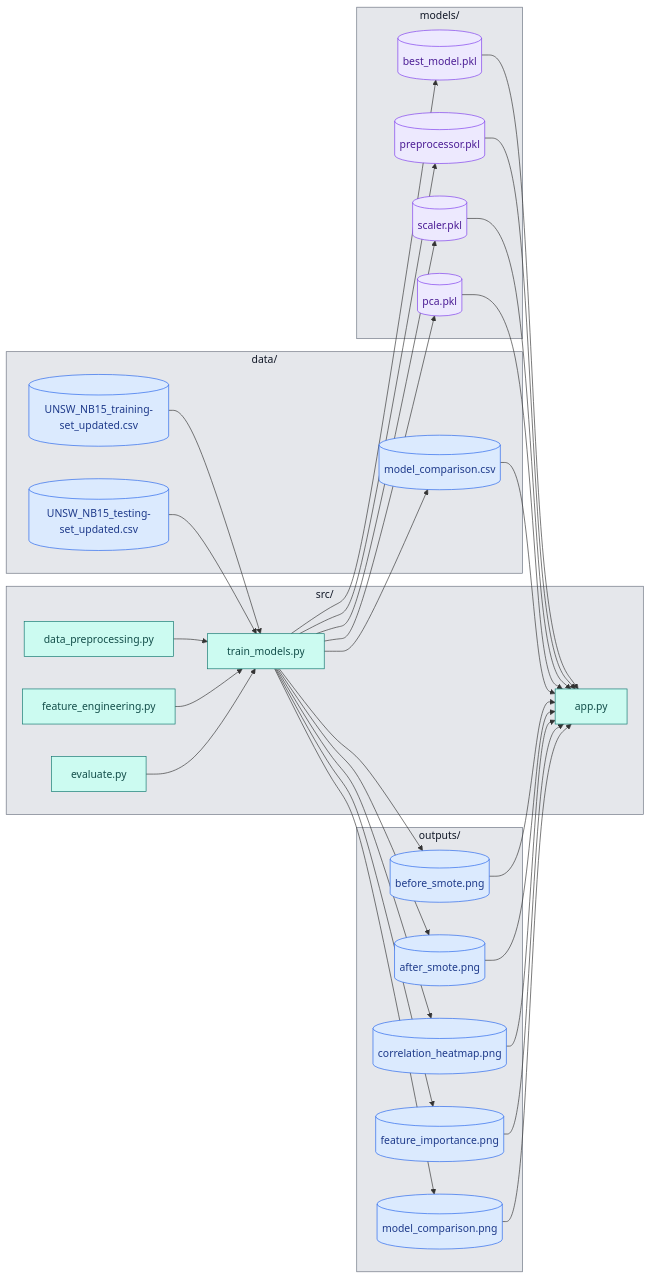
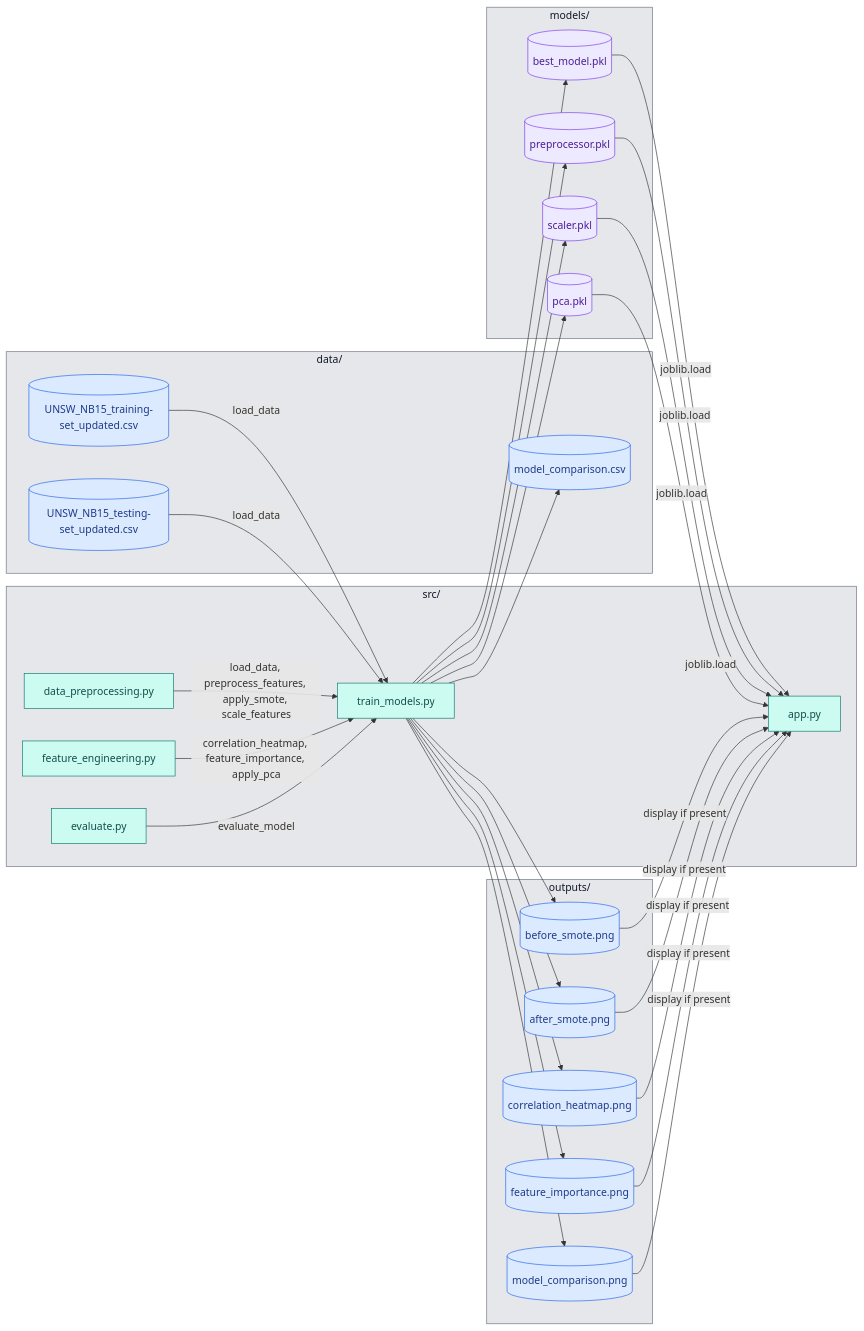
One commit to Pratyay-Bera/network_intrusion_detection_upgrade changed the diagram in docs/diagrams/module-dependencies.mmd. Above: the diagram before and after it, drawn with Mermaid. The commit also changed 6 other files, not shown here.

Commit message:
Rewrite README and refresh architecture diagrams

```diff
--- a/docs/diagrams/module-dependencies.mmd
+++ b/docs/diagrams/module-dependencies.mmd
@@ -1,69 +1,69 @@
 flowchart LR
-  classDef data fill:#dbeafe,stroke:#2563eb,color:#1e3a8a;
-  classDef process fill:#ccfbf1,stroke:#0f766e,color:#134e4a;
-  classDef model fill:#ede9fe,stroke:#7c3aed,color:#4c1d95;
-  classDef eval fill:#fef3c7,stroke:#d97706,color:#92400e;
-  classDef error fill:#fee2e2,stroke:#dc2626,color:#7f1d1d;
-  classDef infra fill:#e5e7eb,stroke:#6b7280,color:#111827;
+  classDef data fill:#DBEAFE,stroke:#2563EB,color:#1E3A8A;
+  classDef process fill:#CCFBF1,stroke:#0F766E,color:#134E4A;
+  classDef model fill:#EDE9FE,stroke:#7C3AED,color:#4C1D95;
+  classDef eval fill:#FEF3C7,stroke:#D97706,color:#92400E;
+  classDef error fill:#FEE2E2,stroke:#DC2626,color:#7F1D1D;
+  classDef infra fill:#E5E7EB,stroke:#6B7280,color:#111827;
 
   subgraph SRC["src/"]
     train["train_models.py"]
+    dp["data_preprocessing.py"]
+    fe["feature_engineering.py"]
+    ev["evaluate.py"]
     app["app.py"]
-    prepmod["data_preprocessing.py"]
-    featmod["feature_engineering.py"]
-    evalmod["evaluate.py"]
   end
 
   subgraph DATA["data/"]
     tr[(UNSW_NB15_training-set_updated.csv)]
     te[(UNSW_NB15_testing-set_updated.csv)]
-    cmp[(model_comparison.csv)]
+    comp[(model_comparison.csv)]
+  end
+
+  subgraph MOD["models/"]
+    mBest[(best_model.pkl)]
+    mPrep[(preprocessor.pkl)]
+    mScale[(scaler.pkl)]
+    mPca[(pca.pkl)]
   end
 
   subgraph OUT["outputs/"]
-    b[(before_smote.png)]
-    a[(after_smote.png)]
-    h[(correlation_heatmap.png)]
-    f[(feature_importance.png)]
-    mcmp[(model_comparison.png)]
+    o1[(before_smote.png)]
+    o2[(after_smote.png)]
+    o3[(correlation_heatmap.png)]
+    o4[(feature_importance.png)]
+    o5[(model_comparison.png)]
   end
 
-  subgraph MOD["models/"]
-    bm[(best_model.pkl)]
-    pr[(preprocessor.pkl)]
-    sc[(scaler.pkl)]
-    pc[(pca.pkl)]
-  end
+  tr -->|load_data| train
+  te -->|load_data| train
 
-  tr --> train
-  te --> train
-  prepmod --> train
-  featmod --> train
-  evalmod --> train
+  dp -->|load_data, preprocess_features, apply_smote, scale_features| train
+  fe -->|correlation_heatmap, feature_importance, apply_pca| train
+  ev -->|evaluate_model| train
 
-  train --> cmp
-  train --> b
-  train --> a
-  train --> h
-  train --> f
-  train --> mcmp
-  train --> bm
-  train --> pr
-  train --> sc
-  train --> pc
+  train --> comp
+  train --> mBest
+  train --> mPrep
+  train --> mScale
+  train --> mPca
+  train --> o1
+  train --> o2
+  train --> o3
+  train --> o4
+  train --> o5
 
-  bm --> app
-  pr --> app
-  sc --> app
-  pc --> app
-  cmp --> app
-  b --> app
-  a --> app
-  h --> app
-  f --> app
-  mcmp --> app
+  mBest -->|joblib.load| app
+  mPrep -->|joblib.load| app
+  mScale -->|joblib.load| app
+  mPca -->|joblib.load| app
+  o1 -->|display if present| app
+  o2 -->|display if present| app
+  o3 -->|display if present| app
+  o4 -->|display if present| app
+  o5 -->|display if present| app
 
-  class tr,te,cmp,b,a,h,f,mcmp data;
-  class prepmod,featmod,evalmod,train,app process;
-  class bm,pr,sc,pc model;
-  class SRC,DATA,OUT,MOD infra;
+  class tr,te,comp,o1,o2,o3,o4,o5 data;
+  class train,dp,fe,ev,app process;
+  class mBest,mPrep,mScale,mPca model;
+  class SRC,DATA,MOD,OUT infra;
```
